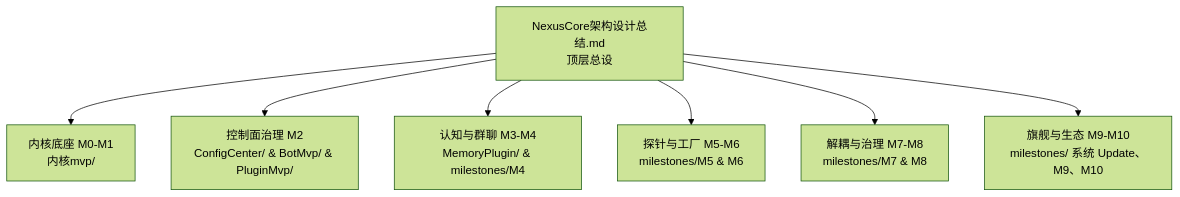
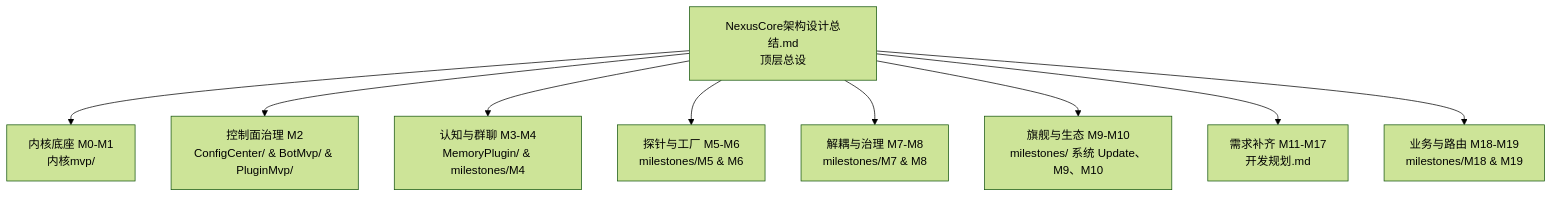
Before and after one commit to 888xiyan/NexusCore: the diagram in doc/README.md, drawn with Mermaid (forest theme). The commit also changed other lines of this file and 50 other files, not shown here.

````diff
--- a/doc/README.md
+++ b/doc/README.md
@@ -9,9 +9,11 @@
 ```mermaid
 graph TD
     A[NexusCore架构设计总结.md<br/>顶层总设] --> B[内核底座 M0-M1<br/>内核mvp/]
     A --> C[控制面治理 M2<br/>ConfigCenter/ & BotMvp/ & PluginMvp/]
     A --> D[认知与群聊 M3-M4<br/>MemoryPlugin/ & milestones/M4]
     A --> E[探针与工厂 M5-M6<br/>milestones/M5 & M6]
     A --> F[解耦与治理 M7-M8<br/>milestones/M7 & M8]
     A --> G[旗舰与生态 M9-M10<br/>milestones/ 系统 Update、M9、M10]
+    A --> H[需求补齐 M11-M17<br/>开发规划.md]
+    A --> I[业务与路由 M18-M19<br/>milestones/M18 & M19]
 ```
````
